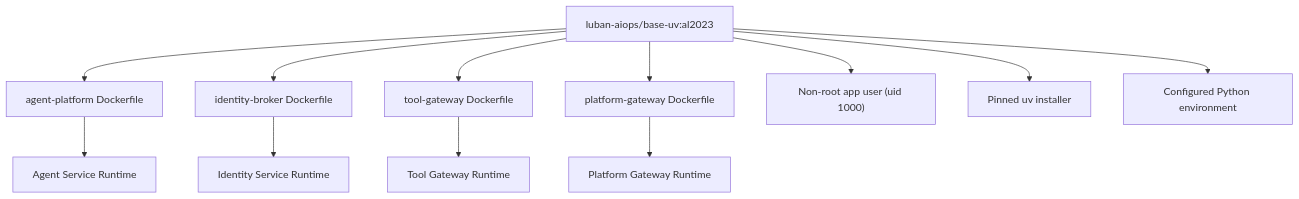
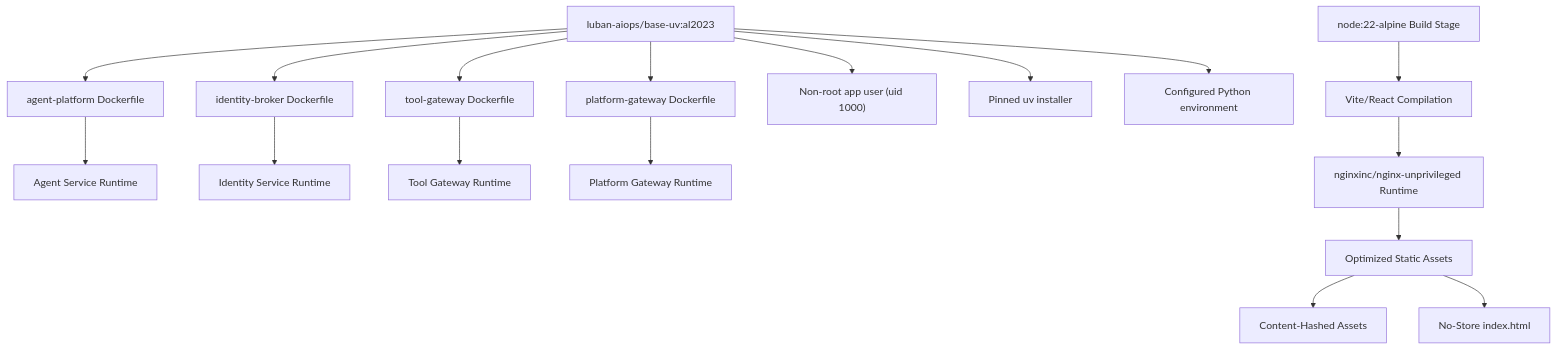
The third of 6 diagrams in .qoder/repowiki/en/content/Deployment and Operations/Container Build and Management.md (metasync/luban-aiops), drawn with Mermaid before and after one commit. The commit also changed other lines of this file and 51 other files, not shown here.

````diff
--- a/.qoder/repowiki/en/content/Deployment and Operations/Container Build and Management.md
+++ b/.qoder/repowiki/en/content/Deployment and Operations/Container Build and Management.md
@@ -342,14 +363,19 @@
 ```mermaid
 graph TD
 BaseUV["luban-aiops/base-uv:al2023"] --> AgentPlatform["agent-platform Dockerfile"]
 BaseUV --> IdentityBroker["identity-broker Dockerfile"]
 BaseUV --> ToolGateway["tool-gateway Dockerfile"]
 BaseUV --> PlatformGateway["platform-gateway Dockerfile"]
 BaseUV --> AppUser["Non-root app user (uid 1000)"]
 BaseUV --> UvTool["Pinned uv installer"]
 BaseUV --> PythonEnv["Configured Python environment"]
 AgentPlatform --> ServiceA["Agent Service Runtime"]
 IdentityBroker --> ServiceB["Identity Service Runtime"]
 ToolGateway --> ServiceC["Tool Gateway Runtime"]
 PlatformGateway --> ServiceD["Platform Gateway Runtime"]
+NodeBuild["node:22-alpine Build Stage"] --> WebUI["Vite/React Compilation"]
+WebUI --> NginxRuntime["nginxinc/nginx-unprivileged Runtime"]
+NginxRuntime --> StaticAssets["Optimized Static Assets"]
+StaticAssets --> CachedAssets["Content-Hashed Assets"]
+StaticAssets --> IndexHTML["No-Store index.html"]
 ```
````
